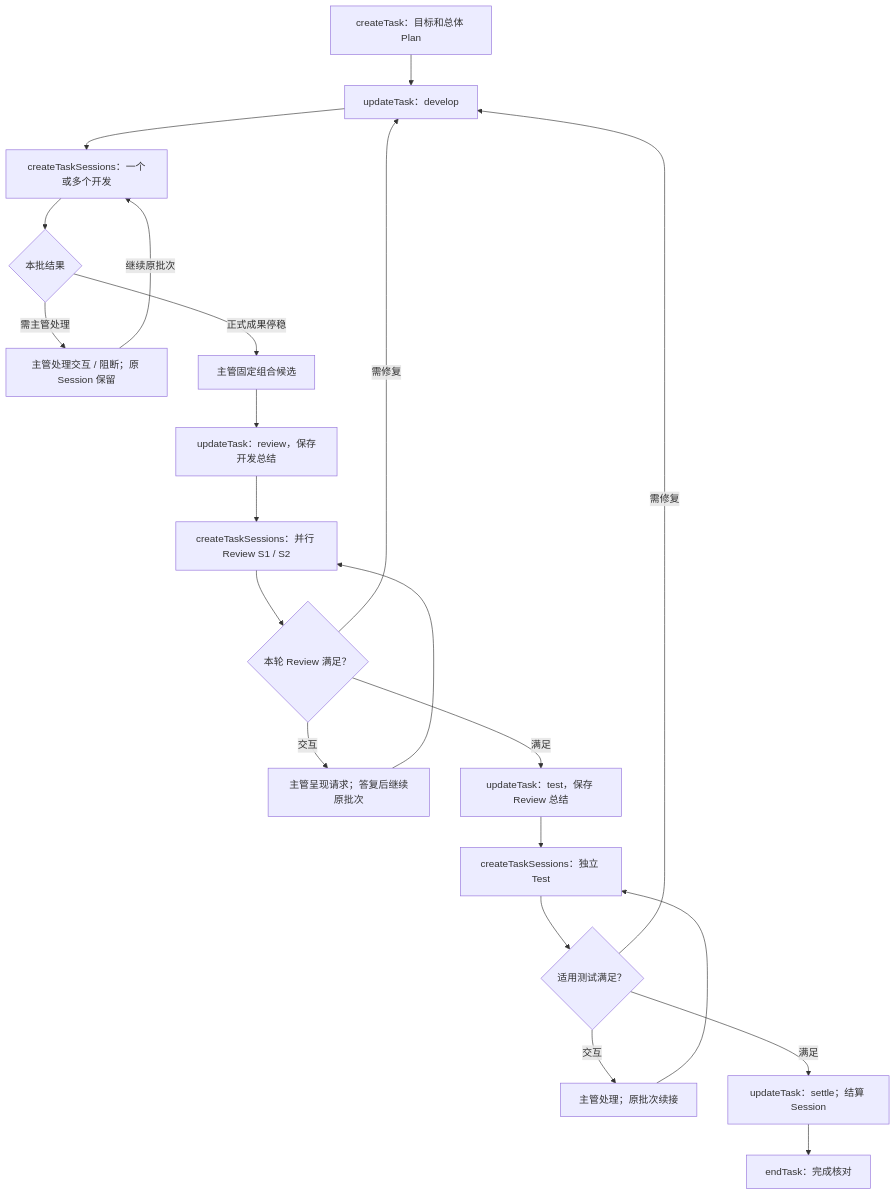
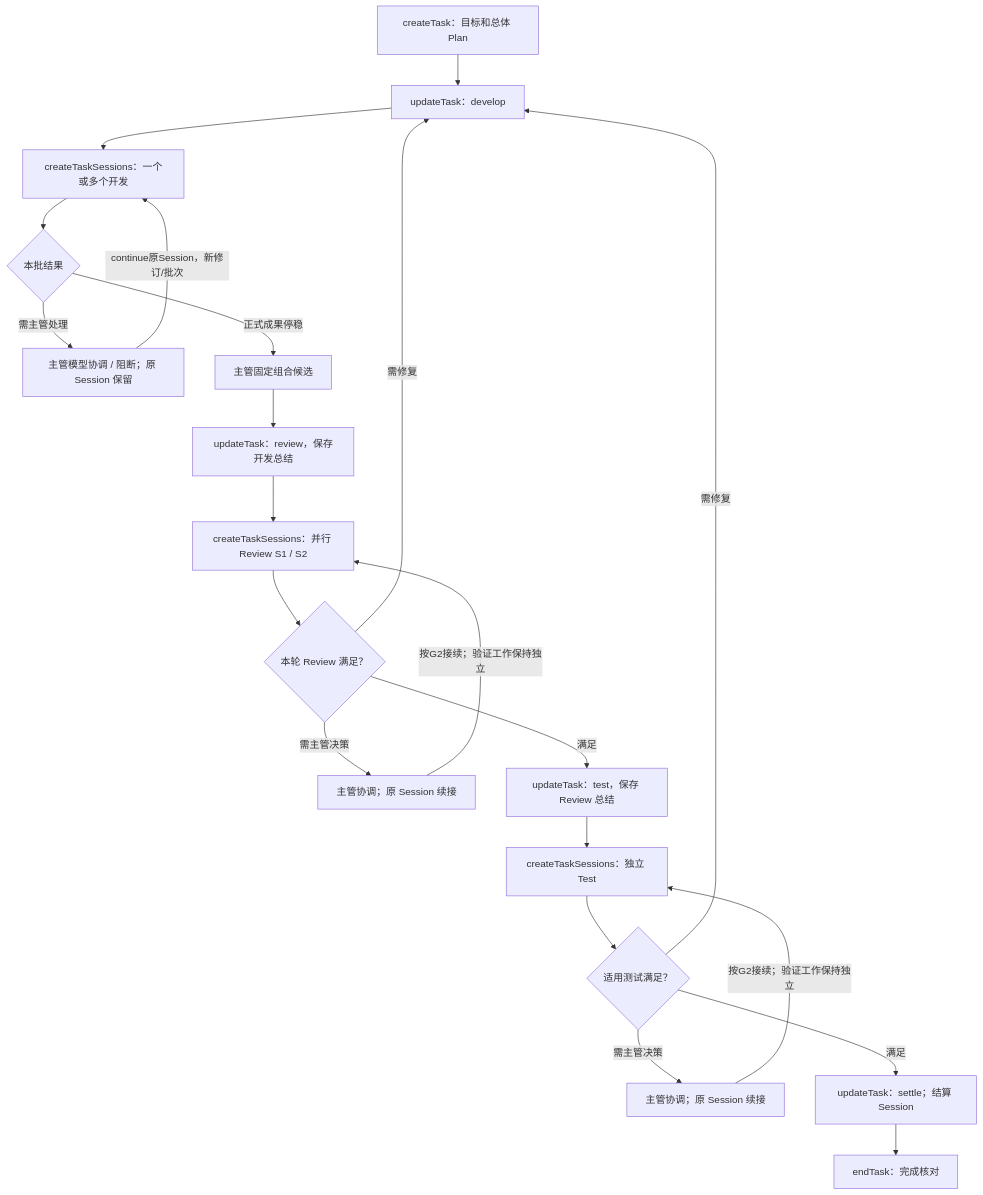
Before and after one commit to mojiaicrypto-ops/Kaiming: the first of 3 diagrams in docs/technicalnew/messaging-and-collaboration.md, drawn with Mermaid. The commit also changed other lines of this file and 27 other files, not shown here.

````diff
--- a/docs/technicalnew/messaging-and-collaboration.md
+++ b/docs/technicalnew/messaging-and-collaboration.md
@@ -9,23 +9,23 @@
 ```mermaid
 flowchart TD
   TASK[createTask：目标和总体 Plan] --> DEVPHASE[updateTask：develop]
   DEVPHASE --> DEV[createTaskSessions：一个或多个开发]
   DEV --> DOUT{本批结果}
-  DOUT -->|需主管处理| HANDLE[主管处理交互 / 阻断；原 Session 保留]
-  HANDLE -->|继续原批次| DEV
+  DOUT -->|需主管处理| HANDLE[主管模型协调 / 阻断；原 Session 保留]
+  HANDLE -->|continue原Session，新修订/批次| DEV
   DOUT -->|正式成果停稳| FIXED[主管固定组合候选]
   FIXED --> REVIEWPHASE[updateTask：review，保存开发总结]
   REVIEWPHASE --> REVIEWS[createTaskSessions：并行 Review S1 / S2]
   REVIEWS --> ROK{本轮 Review 满足？}
-  ROK -->|交互| RHANDLE[主管呈现请求；答复后继续原批次]
-  RHANDLE --> REVIEWS
+  ROK -->|需主管决策| RHANDLE[主管协调；原 Session 续接]
+  RHANDLE -->|按G2接续；验证工作保持独立| REVIEWS
   ROK -->|需修复| DEVPHASE
   ROK -->|满足| TESTPHASE[updateTask：test，保存 Review 总结]
   TESTPHASE --> TEST[createTaskSessions：独立 Test]
   TEST --> TOK{适用测试满足？}
   TOK -->|需修复| DEVPHASE
-  TOK -->|交互| THANDLE[主管处理；原批次续接]
-  THANDLE --> TEST
+  TOK -->|需主管决策| THANDLE[主管协调；原 Session 续接]
+  THANDLE -->|按G2接续；验证工作保持独立| TEST
   TOK -->|满足| SETTLE[updateTask：settle；结算 Session]
   SETTLE --> END[endTask：完成核对]
 ```
````
